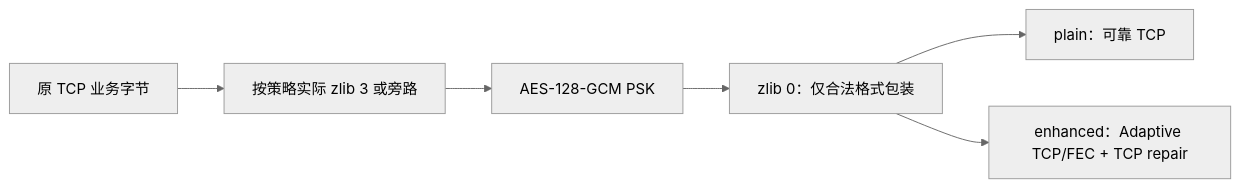
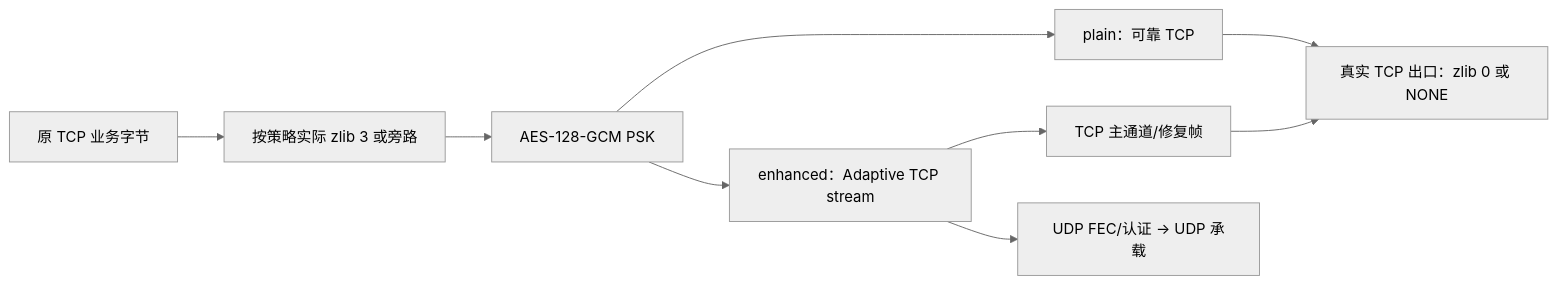
The third of 4 diagrams in docs/rss-upstream-profile-consolidation-plan.md (RockyLOMO/rxlib), drawn with Mermaid (neutral theme) before and after one commit. The commit also changed other lines of this file, not shown here.

Commit message:
docs: separate final egress format from compression and adaptive transport

````diff
--- a/docs/rss-upstream-profile-consolidation-plan.md
+++ b/docs/rss-upstream-profile-consolidation-plan.md
@@ -404,8 +412,11 @@
 ```mermaid
 flowchart LR
   A["原 TCP 业务字节"] --> B["按策略实际 zlib 3 或旁路"]
   B --> C["AES-128-GCM PSK"]
-  C --> D["zlib 0：仅合法格式包装"]
-  D --> E["plain：可靠 TCP"]
-  D --> F["enhanced：Adaptive TCP/FEC + TCP repair"]
+  C --> E["plain：可靠 TCP"]
+  C --> F["enhanced：Adaptive TCP stream"]
+  F --> R["TCP 主通道/修复帧"]
+  F --> U["UDP FEC/认证 → UDP 承载"]
+  E --> D["真实 TCP 出口：zlib 0 或 NONE"]
+  R --> D
 ```
````
